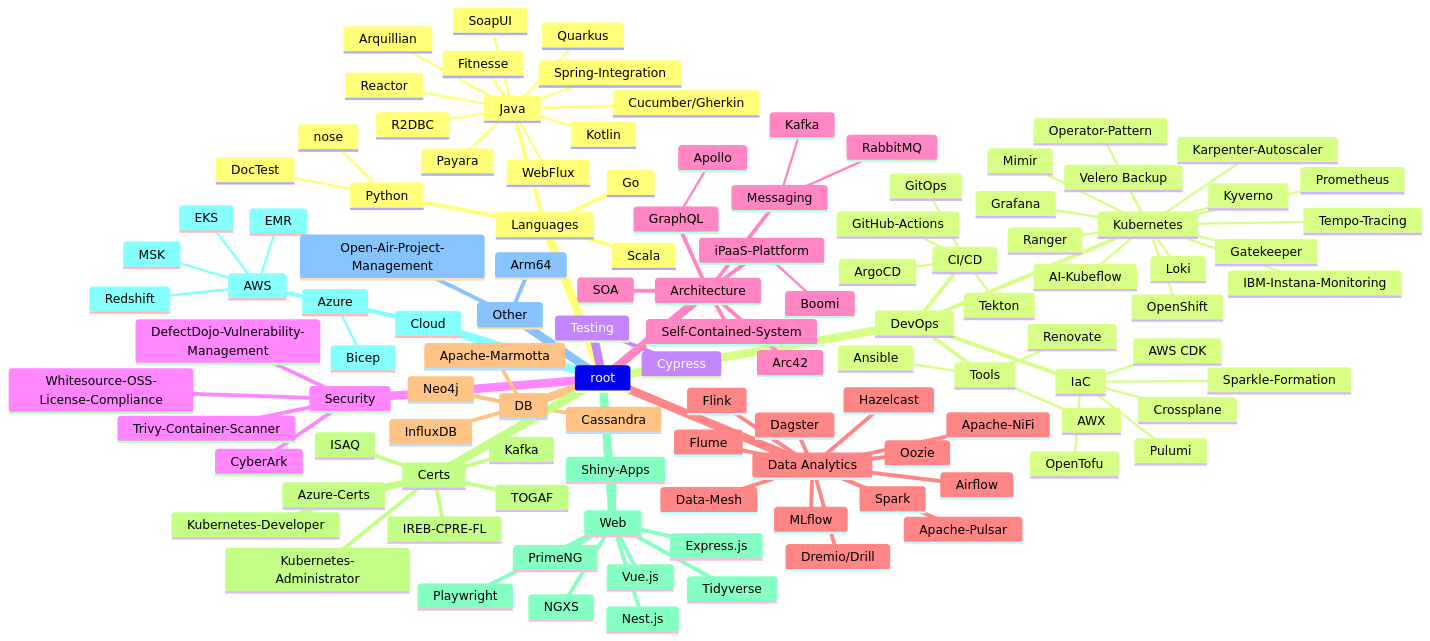
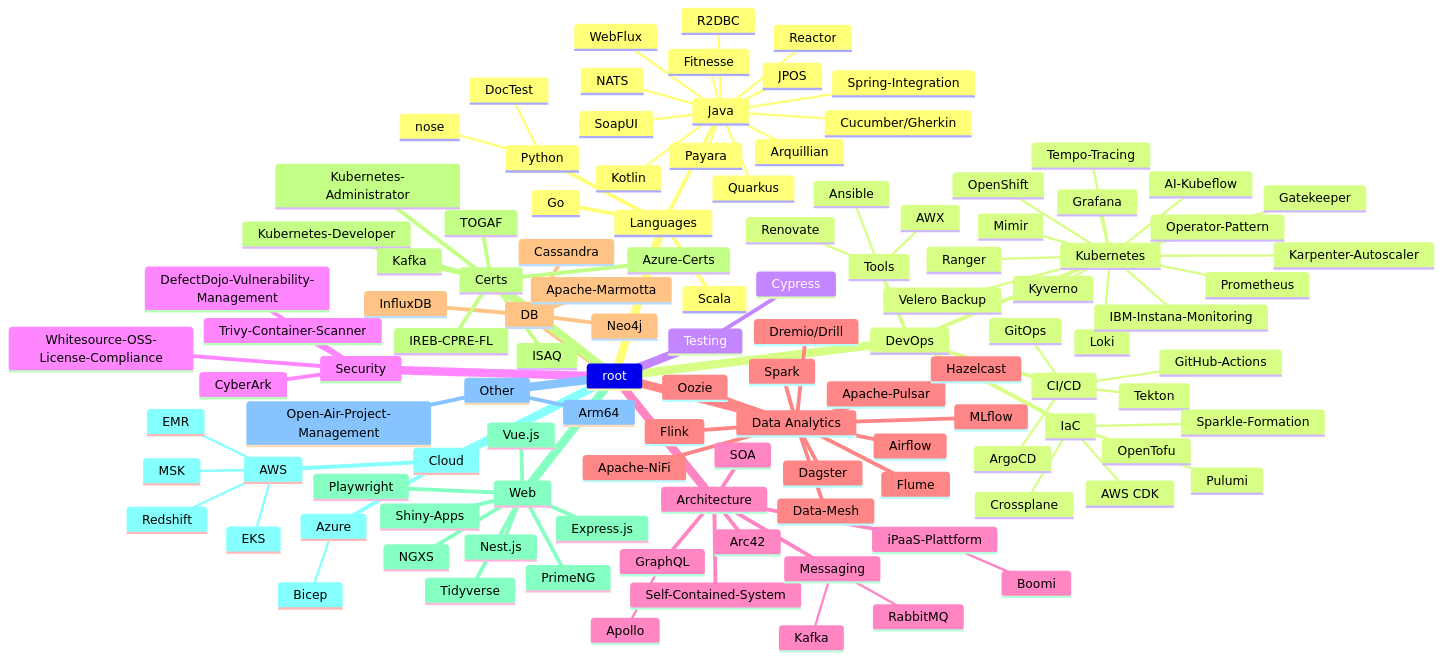
Before and after one commit to thinkaboutcode/knowledge-base: the diagram in trends_cheatsheet.md, drawn with Mermaid. The commit also changed 193 other files, not shown here.

```diff
--- a/trends_cheatsheet.md
+++ b/trends_cheatsheet.md
@@ -18,6 +18,8 @@
         Cucumber/Gherkin
         Spring-Integration
         Quarkus
+        NATS
+        JPOS
       Python
         DocTest
         nose
```
